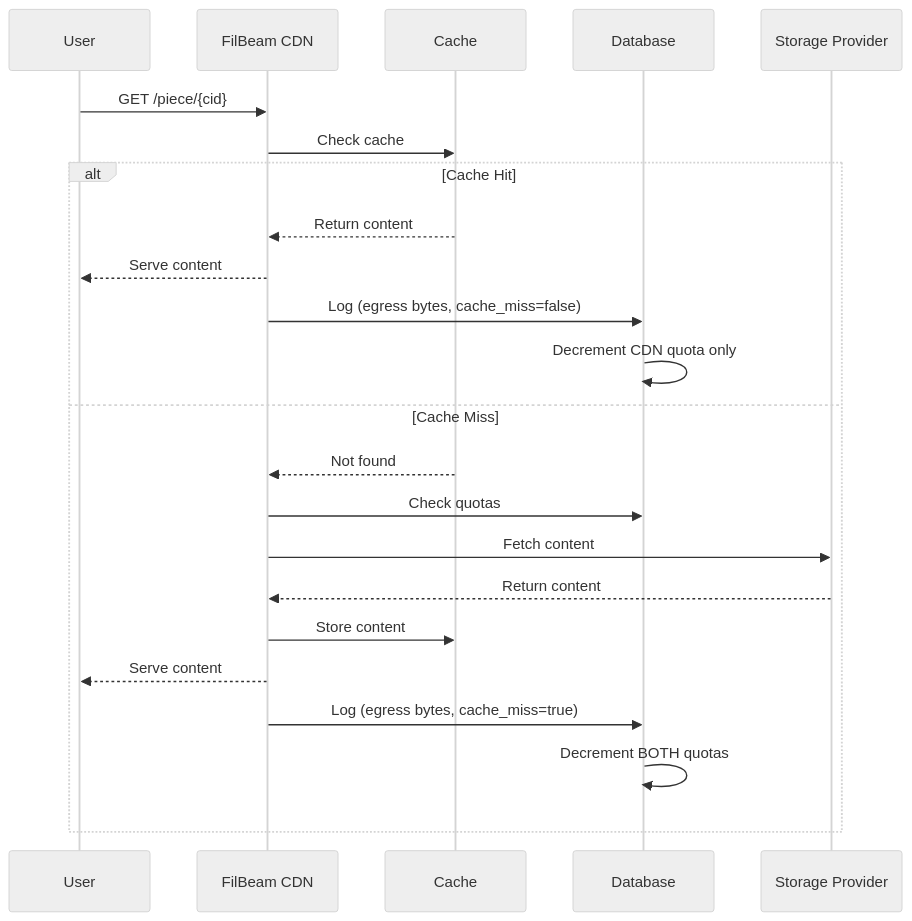
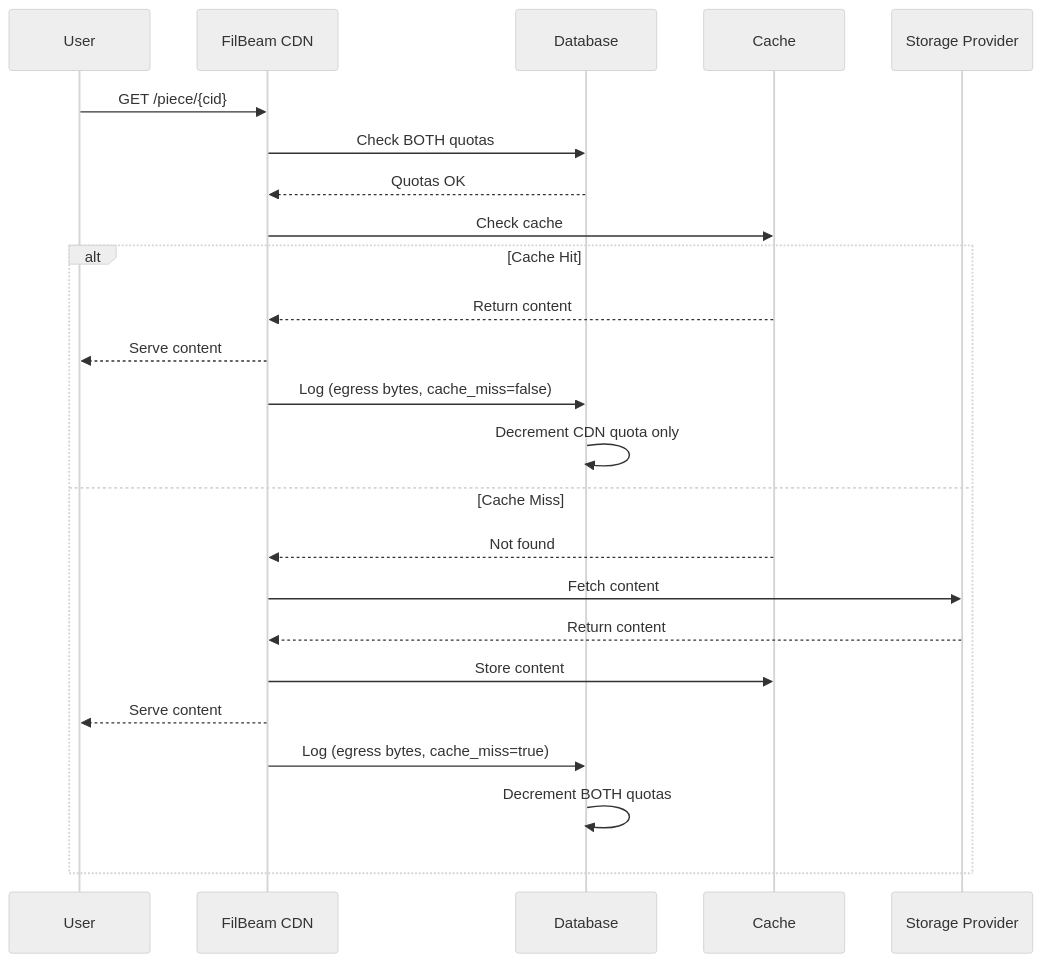
One commit to filbeam/docs changed the third of 5 diagrams in explanation/payment-model.md. Above: the diagram before and after it, drawn with Mermaid (neutral theme). The commit also changed other lines of this file and 1 other file, not shown here.

Commit message:
fix: note that both cdn and cache-miss quotas are required

````diff
--- a/explanation/payment-model.md
+++ b/explanation/payment-model.md
@@ -112,26 +112,27 @@
 ```mermaid
 sequenceDiagram
     participant User
     participant CDN as FilBeam CDN
+    participant DB as Database
     participant Cache
-    participant DB as Database
     participant SP as Storage Provider
 
     User->>CDN: GET /piece/{cid}
+    CDN->>DB: Check BOTH quotas
+    DB-->>CDN: Quotas OK
     CDN->>Cache: Check cache
     alt Cache Hit
         Cache-->>CDN: Return content
         CDN-->>User: Serve content
         CDN->>DB: Log (egress bytes, cache_miss=false)
         DB->>DB: Decrement CDN quota only
     else Cache Miss
         Cache-->>CDN: Not found
-        CDN->>DB: Check quotas
         CDN->>SP: Fetch content
         SP-->>CDN: Return content
         CDN->>Cache: Store content
         CDN-->>User: Serve content
         CDN->>DB: Log (egress bytes, cache_miss=true)
         DB->>DB: Decrement BOTH quotas
     end
 ```
````
